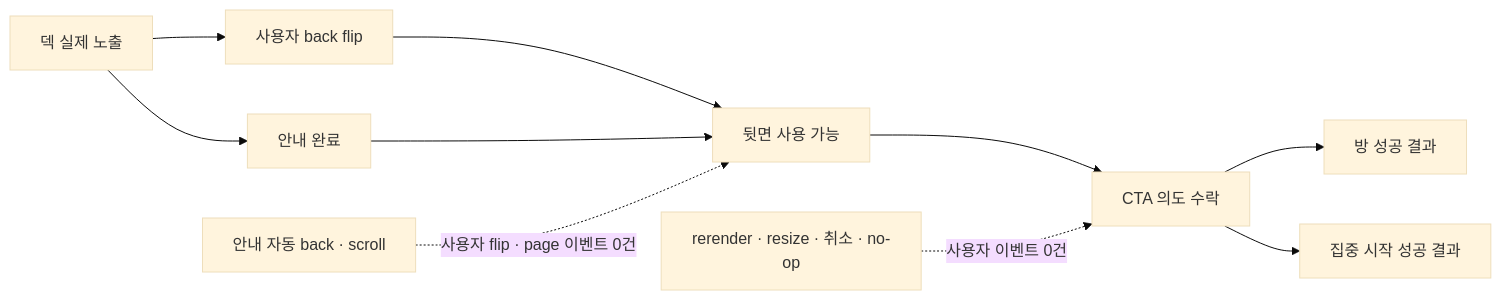
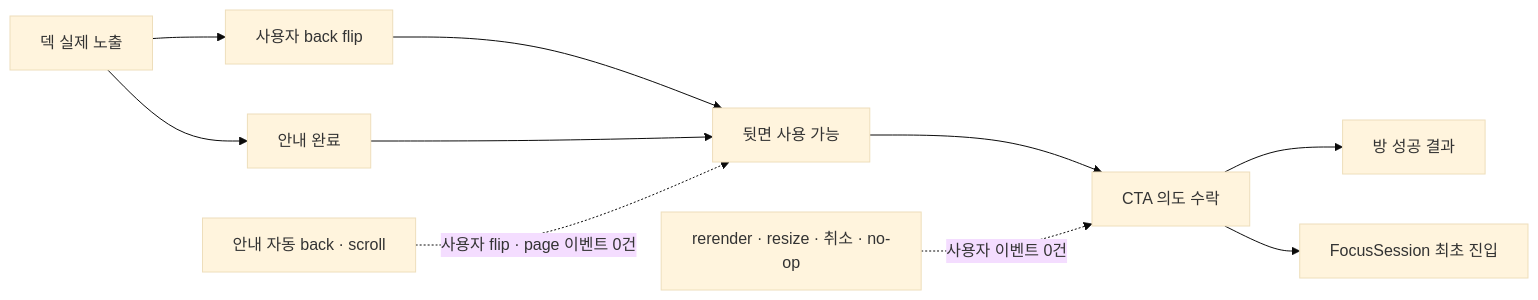
One commit to OneOrThree/phone changed the seventh of 8 diagrams in docs/prd/group/features/02-my-groups/low-level-design.md. Above: the diagram before and after it, drawn with Mermaid (base theme). The commit also changed other lines of this file and 16 other files, not shown here.

````diff
--- a/docs/prd/group/features/02-my-groups/low-level-design.md
+++ b/docs/prd/group/features/02-my-groups/low-level-design.md
@@ -233,13 +249,13 @@
 ```mermaid
 flowchart LR
     Deck["덱 실제 노출"] --> User["사용자 back flip"]
     Deck --> Guide["안내 완료"]
     User --> Ready["뒷면 사용 가능"]
     Guide --> Ready
     Ready --> Intent["CTA 의도 수락"]
     Intent --> Room["방 성공 결과"]
-    Intent --> Focus["집중 시작 성공 결과"]
+    Intent --> Focus["FocusSession 최초 진입"]
 
     Program["안내 자동 back · scroll"] -.->|"사용자 flip · page 이벤트 0건"| Ready
     Noop["rerender · resize · 취소 · no-op"] -.->|"사용자 이벤트 0건"| Intent
 ```
````
